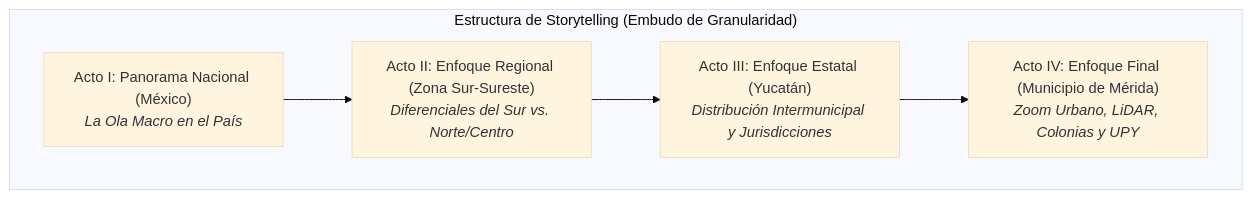
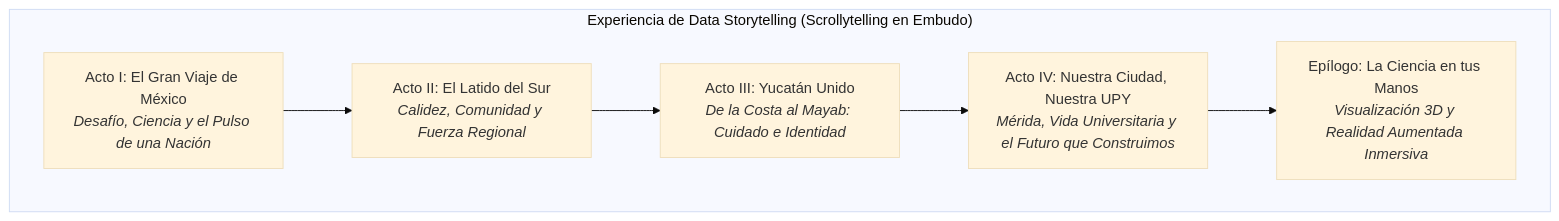
Before and after one commit to RusselKu/Mexico-DataViz-by-UPY: the first of 2 diagrams in FUENTES_Y_PLAN_DE_ANALISIS.md, drawn with Mermaid (base theme). The commit also changed other lines of this file, not shown here.

Commit message:
Cambio de enfoque en el story telling del dashboard y compatiblidad para impresion fisica

````diff
--- a/FUENTES_Y_PLAN_DE_ANALISIS.md
+++ b/FUENTES_Y_PLAN_DE_ANALISIS.md
@@ -9,11 +9,12 @@
 ```mermaid
 flowchart TD
-    subgraph Embudo ["Estructura de Storytelling (Embudo de Granularidad)"]
-        A1["Acto I: Panorama Nacional (México)<br><i>La Ola Macro en el País</i>"]
-        A2["Acto II: Enfoque Regional (Zona Sur-Sureste)<br><i>Diferenciales del Sur vs. Norte/Centro</i>"]
-        A3["Acto III: Enfoque Estatal (Yucatán)<br><i>Distribución Intermunicipal y Jurisdicciones</i>"]
-        A4["Acto IV: Enfoque Final (Municipio de Mérida)<br><i>Zoom Urbano, LiDAR, Colonias y UPY</i>"]
+    subgraph Embudo ["Experiencia de Data Storytelling (Scrollytelling en Embudo)"]
+        A1["Acto I: El Gran Viaje de México<br><i>Desafío, Ciencia y el Pulso de una Nación</i>"]
+        A2["Acto II: El Latido del Sur<br><i>Calidez, Comunidad y Fuerza Regional</i>"]
+        A3["Acto III: Yucatán Unido<br><i>De la Costa al Mayab: Cuidado e Identidad</i>"]
+        A4["Acto IV: Nuestra Ciudad, Nuestra UPY<br><i>Mérida, Vida Universitaria y el Futuro que Construimos</i>"]
+        A5["Epílogo: La Ciencia en tus Manos<br><i>Visualización 3D y Realidad Aumentada Inmersiva</i>"]
     end
 
-    A1 --> A2 --> A3 --> A4
+    A1 --> A2 --> A3 --> A4 --> A5
 ```
````
